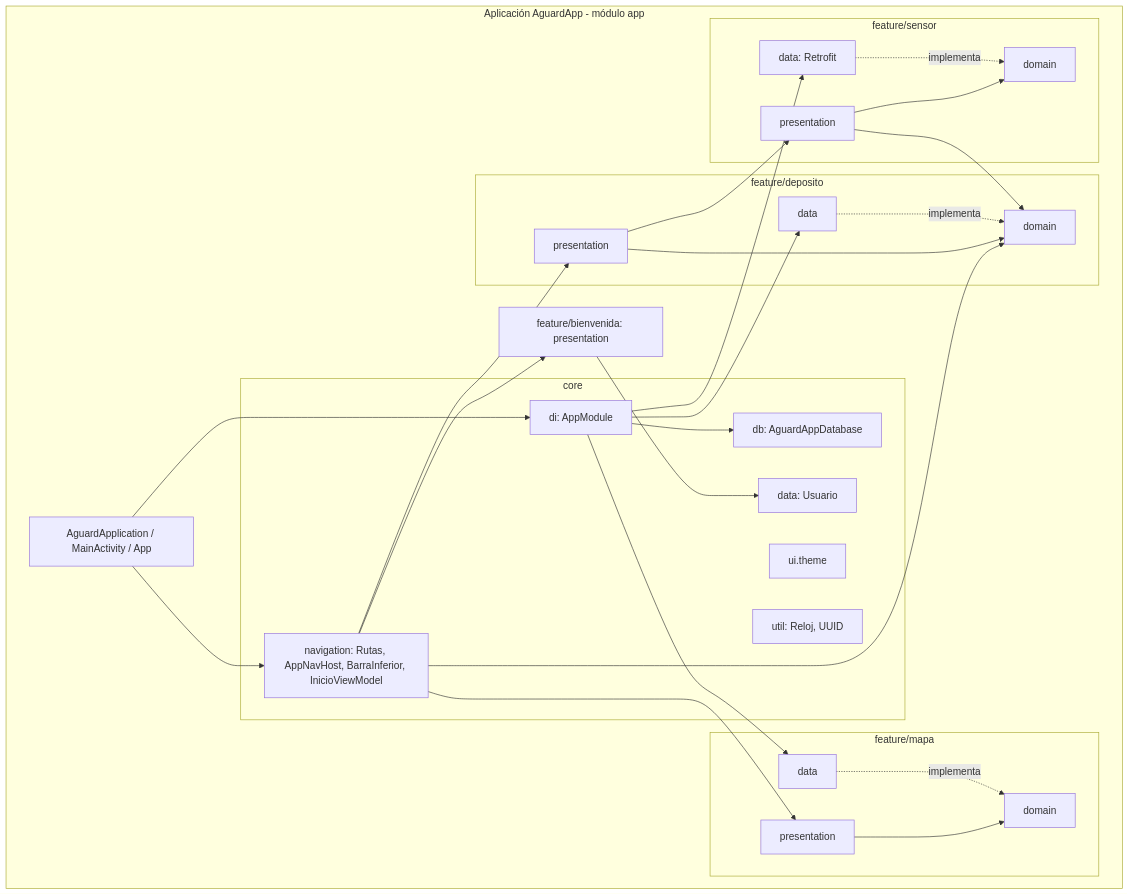
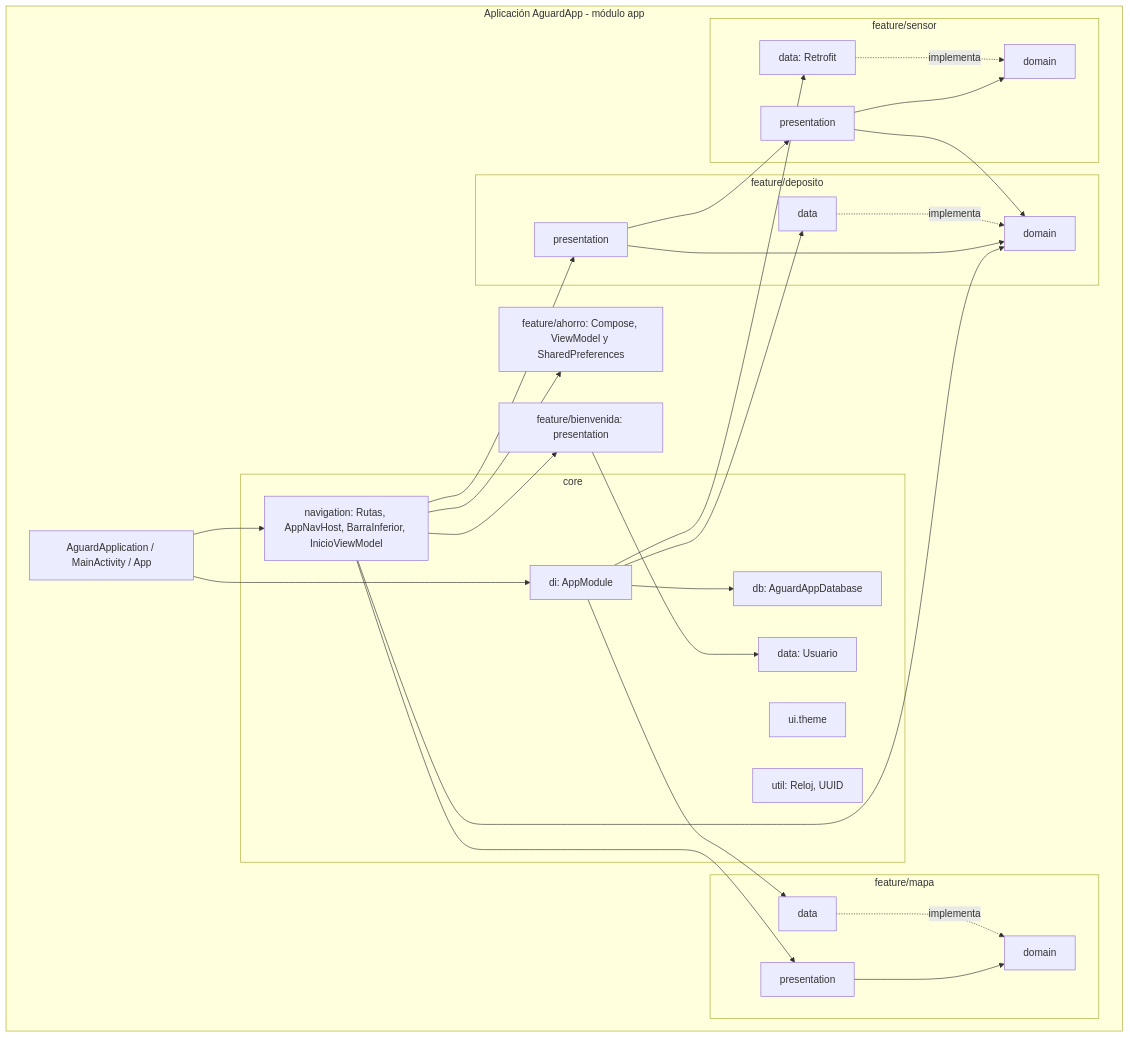
One commit to Cristhian465/Aguarda changed the third of 21 diagrams in informes/FD04-SAD.md. Above: the diagram before and after it, drawn with Mermaid. The commit also changed other lines of this file and 19 other files, not shown here.

````diff
--- a/informes/FD04-SAD.md
+++ b/informes/FD04-SAD.md
@@ -160,50 +161,52 @@
 ```mermaid
 flowchart TB
   subgraph APP[Aplicación AguardApp - módulo app]
     MAIN[AguardApplication / MainActivity / App]
     subgraph CORE[core]
       NAV[navigation: Rutas, AppNavHost, BarraInferior, InicioViewModel]
       DI[di: AppModule]
       DB[db: AguardAppDatabase]
       DATA[data: Usuario]
       THEME[ui.theme]
       UTIL[util: Reloj, UUID]
     end
     BIEN[feature/bienvenida: presentation]
+    AHORRO[feature/ahorro: Compose, ViewModel y SharedPreferences]
     subgraph DEP[feature/deposito]
       PRES[presentation]
       DOM[domain]
       DAT[data]
     end
     subgraph MAPA[feature/mapa]
       MPRES[presentation]
       MDOM[domain]
       MDAT[data]
     end
     subgraph SEN[feature/sensor]
       SPRES[presentation]
       SDOM[domain]
       SDAT[data: Retrofit]
     end
 
     MAIN --> NAV
     MAIN --> DI
     NAV --> BIEN
+    NAV --> AHORRO
     NAV --> PRES
     NAV --> DOM
     NAV --> MPRES
     PRES --> DOM
     DAT -. implementa .-> DOM
     MPRES --> MDOM
     MDAT -. implementa .-> MDOM
     PRES --> SPRES
     SPRES --> SDOM
     SPRES --> DOM
     SDAT -. implementa .-> SDOM
     DI --> DB
     DI --> DAT
     DI --> MDAT
     DI --> SDAT
     BIEN --> DATA
   end
 ```
````
